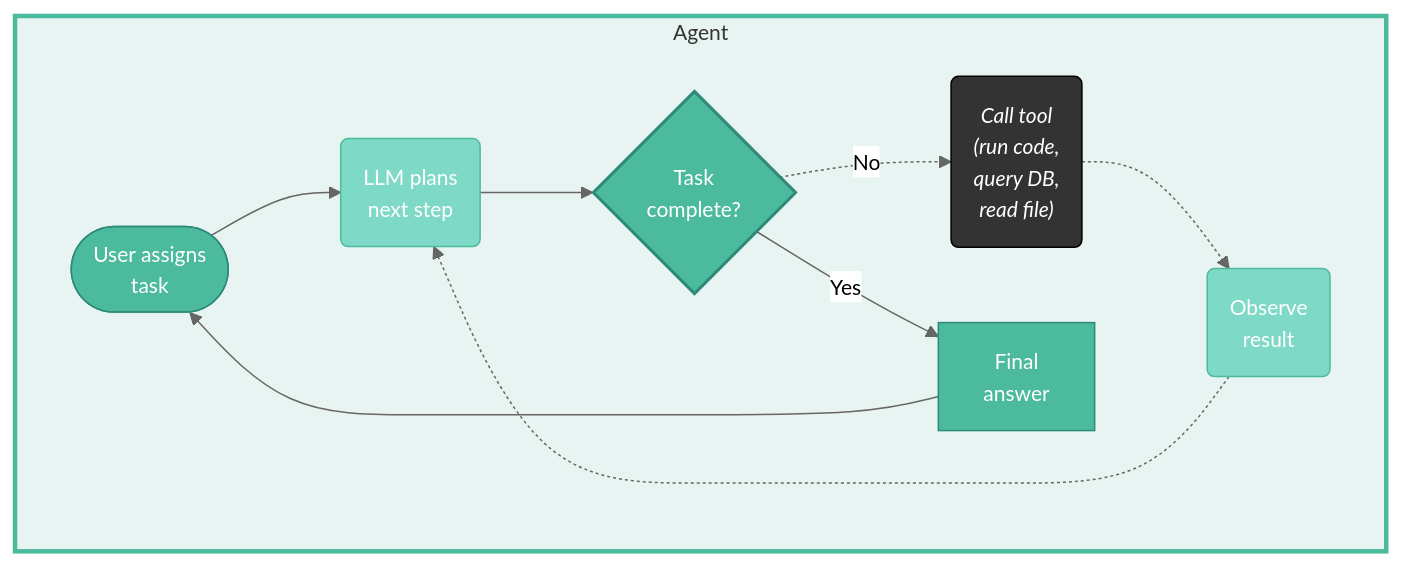
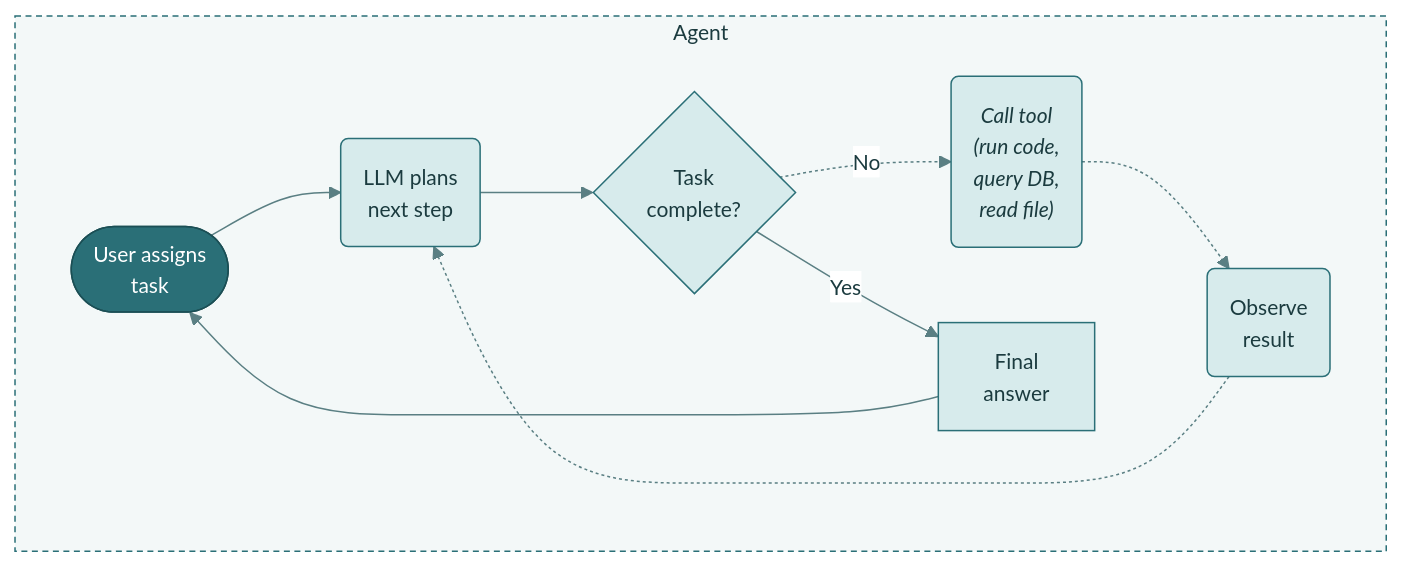
Before and after one commit to mjfrigaard/shiny-app-pkgs: the third of 6 diagrams in tools.qmd, drawn with Mermaid. The commit also changed other lines of this file and 22 other files, not shown here.

First line of the commit message:
Standardize mermaid diagrams on the site teal palette

````diff
--- a/tools.qmd
+++ b/tools.qmd
@@ -288,25 +286,25 @@
 ```{mermaid}
 %%| fig-cap: 'Agents'
 %%| fig-align: center
-%%{init: {'theme': 'neutral', 'themeVariables': { 'fontFamily': 'monospace', "fontSize":"14px"}}}%%
+%%{init: {'theme': 'base', 'themeVariables': { 'fontFamily': 'monospace', "fontSize":"14px", "primaryColor":"#D7EBEC", "primaryTextColor":"#1B3B3F", "primaryBorderColor":"#2A6F77", "lineColor":"#5A7F83", "edgeLabelBackground":"#FFFFFF", "clusterBkg":"#F3F8F8", "clusterBorder":"#2A6F77", "darkMode":false}}}%%
 
 flowchart TD
     subgraph Agent["Agent"]
         direction LR
         UserAg(["User assigns<br>task"]) --> LlmAg("LLM plans<br>next step")
         LlmAg --> Decide{Task<br/>complete?}
         Decide -.->|No| ToolCall("<em>Call tool <br>(run code,<br> query DB,<br> read file)</em>")
         ToolCall -.-> Observe(Observe<br>result)
         Observe -.-> LlmAg
         Decide -->|Yes| FinalAg[Final<br>answer]
         FinalAg --> UserAg
     end
 
-    style Agent fill:#e8f4f1,stroke-width:3px,stroke:#4CBB9D
-    style UserAg fill:#4CBB9D,stroke:#2d8a7a,stroke-width:1px,color:#fff
-    style LlmAg fill:#7fd9c7,stroke:#4CBB9D,stroke-width:1px,color:#fff
-    style Decide fill:#4CBB9D,stroke:#2d8a7a,stroke-width:2px,color:#fff
-    style FinalAg fill:#4CBB9D,stroke:#2d8a7a,stroke-width:1px,color:#fff
-    style ToolCall fill:#333,stroke:#000,stroke-width:1px,color:#fff
-    style Observe fill:#7fd9c7,stroke:#4CBB9D,stroke-width:1px,color:#fff
+    classDef term fill:#2A6F77,color:#FFFFFF,stroke:#1B4F55,stroke-width:1px
+    classDef step fill:#D7EBEC,color:#1B3B3F,stroke:#2A6F77,stroke-width:1px
+    classDef decision fill:#F4C26B,color:#3D2A00,stroke:#B7832B,stroke-width:1px
+    classDef io fill:#FFFFFF,color:#1B3B3F,stroke:#2A6F77,stroke-width:1px
+    class UserAg term
+    class LlmAg,ToolCall step
+    style Agent fill:#F3F8F8,color:#1B3B3F,stroke:#2A6F77,stroke-width:1px,stroke-dasharray:4 3
 ```
````
